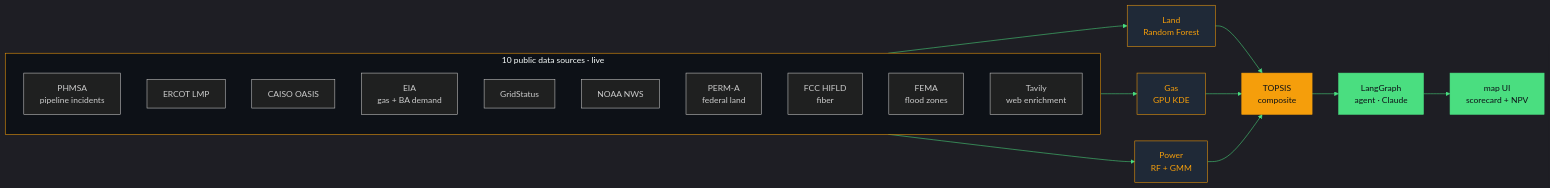
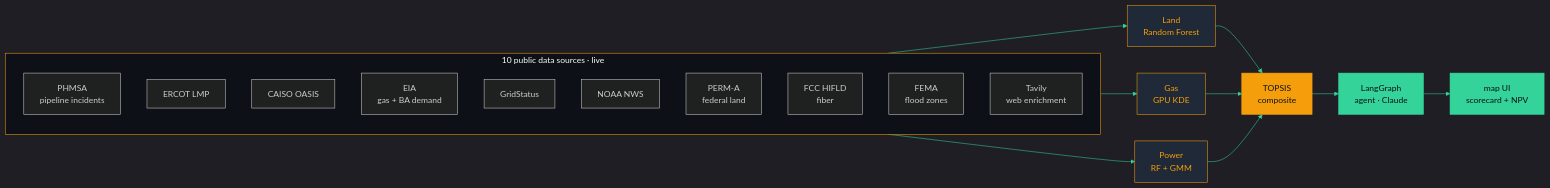
Before and after one commit to Suhxs-Reddy/Suhxs-Reddy: the second of 2 diagrams in README.md, drawn with Mermaid. The commit also changed other lines of this file, not shown here.

````diff
--- a/README.md
+++ b/README.md
@@ -162,30 +187,30 @@
 ```mermaid
-%%{init: {'theme':'dark', 'themeVariables': {'primaryColor':'#f59e0b','primaryBorderColor':'#f59e0b','lineColor':'#4ade80','primaryTextColor':'#e5e7eb','background':'#0d1117'}}}%%
+%%{init: {'theme':'dark', 'themeVariables': {'primaryColor':'#f59e0b','primaryBorderColor':'#f59e0b','lineColor':'#34d399','primaryTextColor':'#e5e7eb','background':'#0d1117'}}}%%
 flowchart LR
     subgraph SRC["10 public data sources · live"]
         S1[PHMSA<br/>pipeline incidents]
         S2[ERCOT LMP]
         S3[CAISO OASIS]
         S4[EIA<br/>gas + BA demand]
         S5[GridStatus]
         S6[NOAA NWS]
         S7[PERM-A<br/>federal land]
         S8[FCC HIFLD<br/>fiber]
         S9[FEMA<br/>flood zones]
         S10[Tavily<br/>web enrichment]
     end
     SRC --> M1["Land<br/>Random Forest"]
     SRC --> M2["Gas<br/>GPU KDE"]
     SRC --> M3["Power<br/>RF + GMM"]
     M1 & M2 & M3 --> TOP["TOPSIS<br/>composite"]
     TOP --> AGT["LangGraph<br/>agent · Claude"]
     AGT --> UI["map UI<br/>scorecard + NPV"]
 
     style SRC fill:#0d1117,stroke:#f59e0b
     style M1 fill:#1f2937,color:#f59e0b,stroke:#f59e0b
     style M2 fill:#1f2937,color:#f59e0b,stroke:#f59e0b
     style M3 fill:#1f2937,color:#f59e0b,stroke:#f59e0b
     style TOP fill:#f59e0b,color:#0d1117,stroke:#f59e0b
-    style AGT fill:#4ade80,color:#0d1117,stroke:#4ade80
-    style UI fill:#4ade80,color:#0d1117,stroke:#4ade80
+    style AGT fill:#34d399,color:#0d1117,stroke:#34d399
+    style UI fill:#34d399,color:#0d1117,stroke:#34d399
 ```
````
